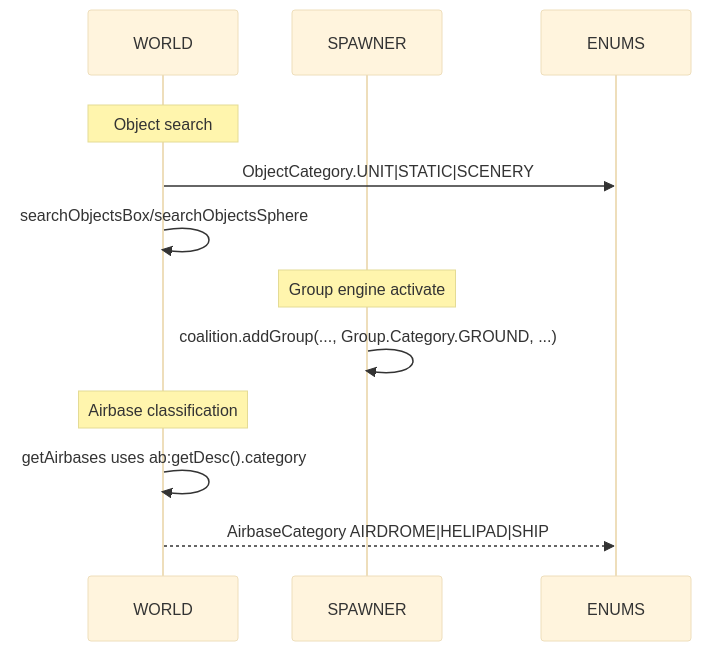
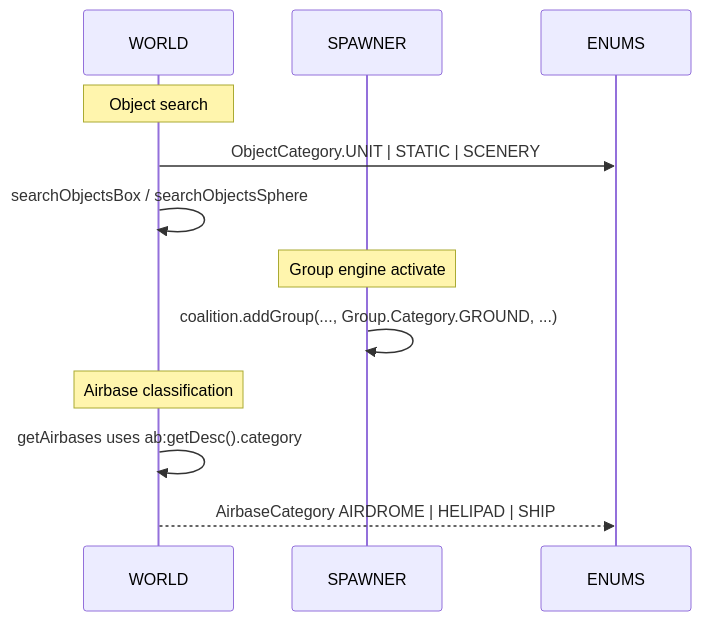
Before and after one commit to Gh0st352/AETHR: the second of 2 diagrams in docs/enums/categories.md, drawn with Mermaid. The commit also changed other lines of this file and 7 other files, not shown here.

First line of the commit message:
docs(enums): normalize Mermaid labels and formatting

````diff
--- a/docs/enums/categories.md
+++ b/docs/enums/categories.md
@@ -85,20 +72,18 @@
 ```mermaid
-%%{init: {"theme":"base"}}%%
+%% shared theme: docs/_mermaid/theme.json %%
 sequenceDiagram
   participant W as WORLD
   participant SP as SPAWNER
   participant EN as ENUMS
 
-  rect rgba(255, 255, 255, 0.75)
-    Note over W: Object search
-    W->>EN: ObjectCategory.UNIT|STATIC|SCENERY
-    W->>W: searchObjectsBox/searchObjectsSphere
+  note over W: Object search
+  W->>EN: ObjectCategory.UNIT | STATIC | SCENERY
+  W->>W: searchObjectsBox / searchObjectsSphere
 
-    Note over SP: Group engine activate
-    SP->>SP: coalition.addGroup(..., Group.Category.GROUND, ...)
+  note over SP: Group engine activate
+  SP->>SP: coalition.addGroup(..., Group.Category.GROUND, ...)
 
-    Note over W: Airbase classification
-    W->>W: getAirbases uses ab:getDesc().category
-    W-->>EN: AirbaseCategory AIRDROME|HELIPAD|SHIP
-  end
+  note over W: Airbase classification
+  W->>W: getAirbases uses ab:getDesc().category
+  W-->>EN: AirbaseCategory AIRDROME | HELIPAD | SHIP
 ```
````
